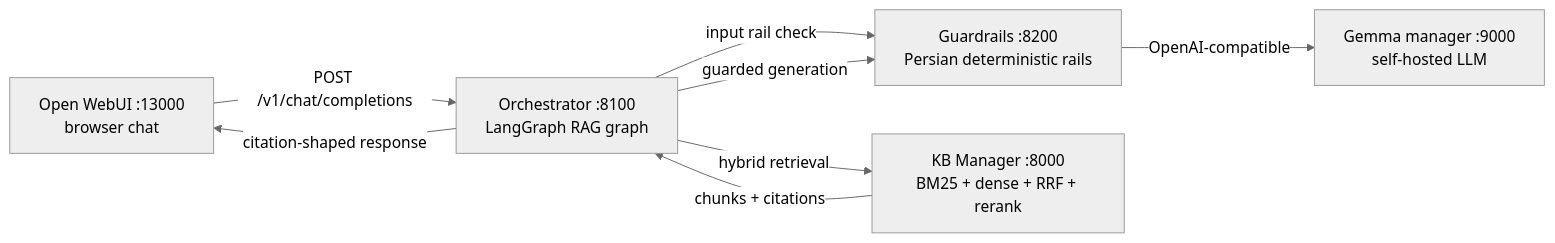
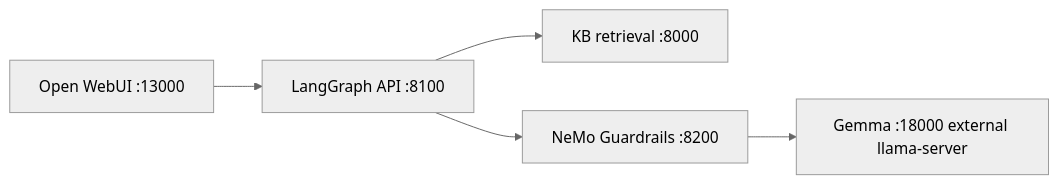
Before and after one commit to AliNikkhah2001/Work_Credit-RAG_Phase1: the diagram in README.md, drawn with Mermaid (neutral theme). The commit also changed other lines of this file and 3 other files, not shown here.

````diff
--- a/README.md
+++ b/README.md
@@ -31,10 +30,7 @@
 ```mermaid
 flowchart LR
-    UI["Open WebUI :13000<br/>browser chat"] -->|POST /v1/chat/completions| ORCH["Orchestrator :8100<br/>LangGraph RAG graph"]
-    ORCH -->|"input rail check"| GR["Guardrails :8200<br/>Persian deterministic rails"]
-    ORCH -->|"hybrid retrieval"| KB["KB Manager :8000<br/>BM25 + dense + RRF + rerank"]
-    ORCH -->|"guarded generation"| GR
-    GR -->|"OpenAI-compatible"| GEMMA["Gemma manager :9000<br/>self-hosted LLM"]
-    KB -->|"chunks + citations"| ORCH
-    ORCH -->|"citation-shaped response"| UI
+    UI["Open WebUI :13000"] --> ORCH["LangGraph API :8100"]
+    ORCH --> KB["KB retrieval :8000"]
+    ORCH --> GR["NeMo Guardrails :8200"]
+    GR --> GEMMA["Gemma :18000 external llama-server"]
 ```
````
